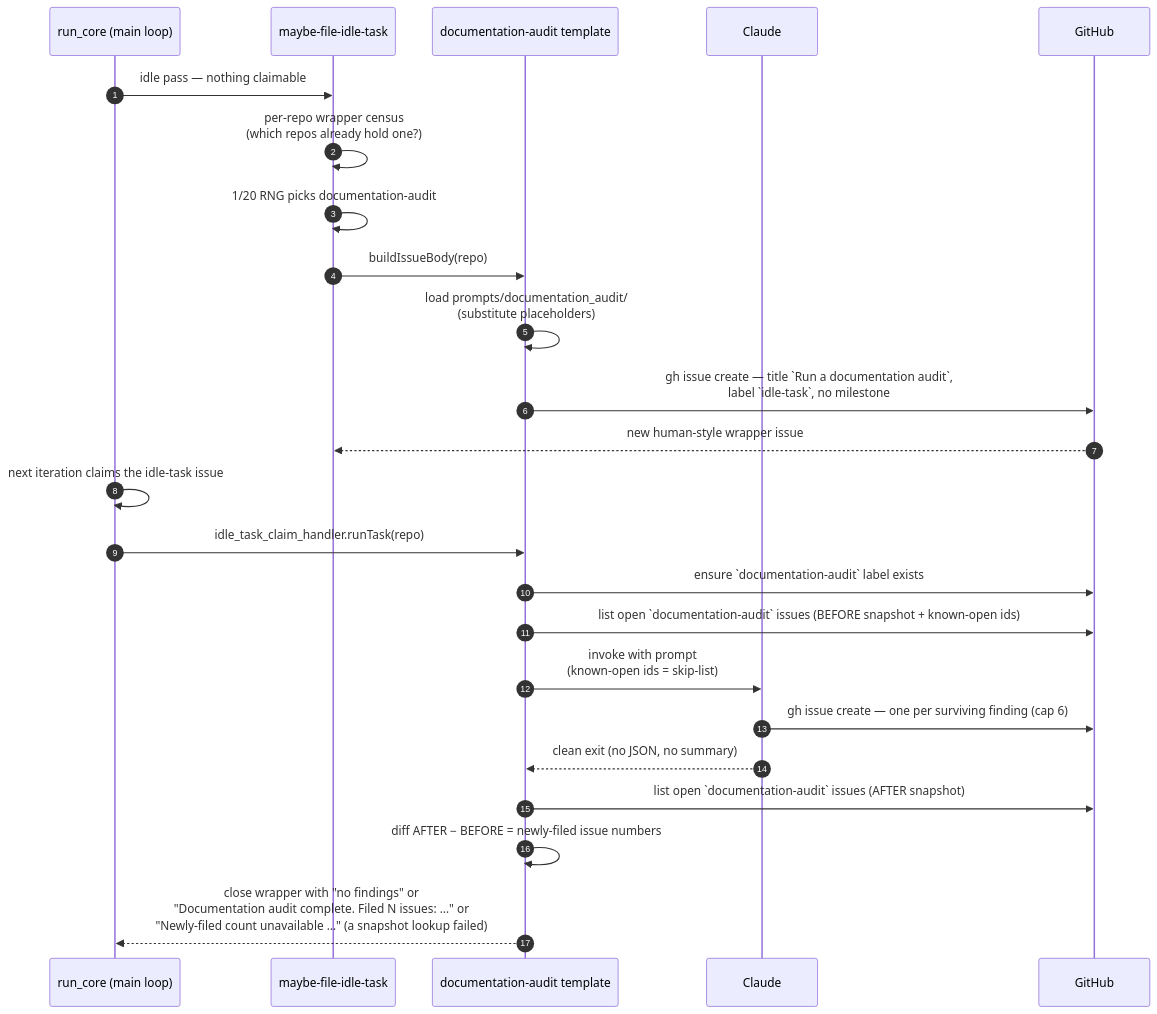
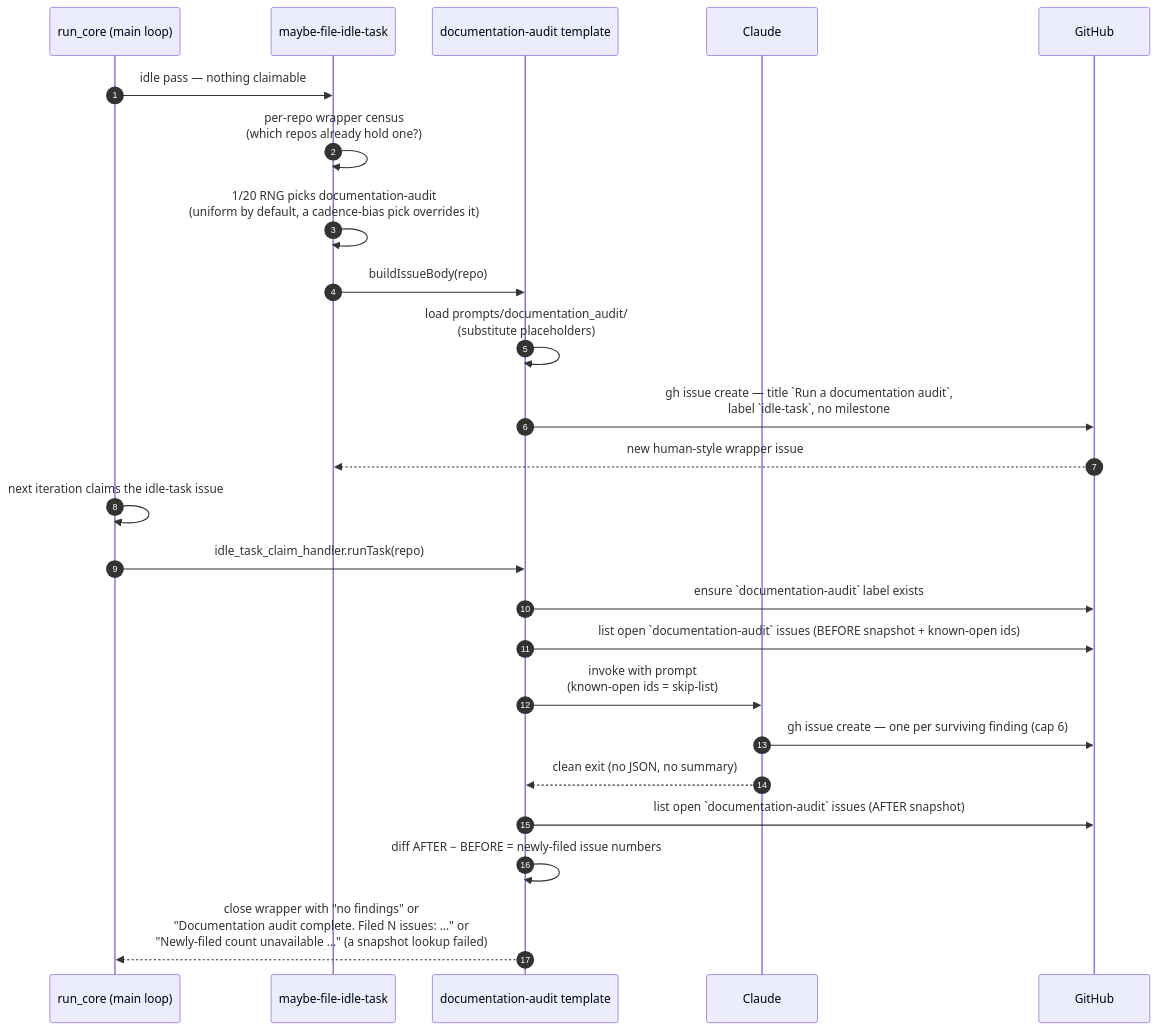
One commit to stSoftwareAU/VibeCoder changed the diagram in docs/DOCUMENTATION-AUDIT-SCAN.md. Above: the diagram before and after it, drawn with Mermaid. The commit also changed 13 other files, not shown here.

````diff
--- a/docs/DOCUMENTATION-AUDIT-SCAN.md
+++ b/docs/DOCUMENTATION-AUDIT-SCAN.md
@@ -204,27 +204,27 @@
 ```mermaid
 sequenceDiagram
     autonumber
     participant Main as run_core (main loop)
     participant Filer as maybe-file-idle-task
     participant Template as documentation-audit template
     participant Claude
     participant GH as GitHub
 
     Main->>Filer: idle pass — nothing claimable
     Filer->>Filer: per-repo wrapper census<br/>(which repos already hold one?)
-    Filer->>Filer: 1/20 RNG picks documentation-audit
+    Filer->>Filer: 1/20 RNG picks documentation-audit<br/>(uniform by default, a cadence-bias pick overrides it)
     Filer->>Template: buildIssueBody(repo)
     Template->>Template: load prompts/documentation_audit/<br/>(substitute placeholders)
     Template->>GH: gh issue create — title `Run a documentation audit`,<br/>label `idle-task`, no milestone
     GH-->>Filer: new human-style wrapper issue
     Main->>Main: next iteration claims the idle-task issue
     Main->>Template: idle_task_claim_handler.runTask(repo)
     Template->>GH: ensure `documentation-audit` label exists
     Template->>GH: list open `documentation-audit` issues (BEFORE snapshot + known-open ids)
     Template->>Claude: invoke with prompt<br/>(known-open ids = skip-list)
     Claude->>GH: gh issue create — one per surviving finding (cap 6)
     Claude-->>Template: clean exit (no JSON, no summary)
     Template->>GH: list open `documentation-audit` issues (AFTER snapshot)
     Template->>Template: diff AFTER − BEFORE = newly-filed issue numbers
     Template-->>Main: close wrapper with "no findings" or<br/>"Documentation audit complete. Filed N issues: …" or<br/>"Newly-filed count unavailable …" (a snapshot lookup failed)
 ```
````
